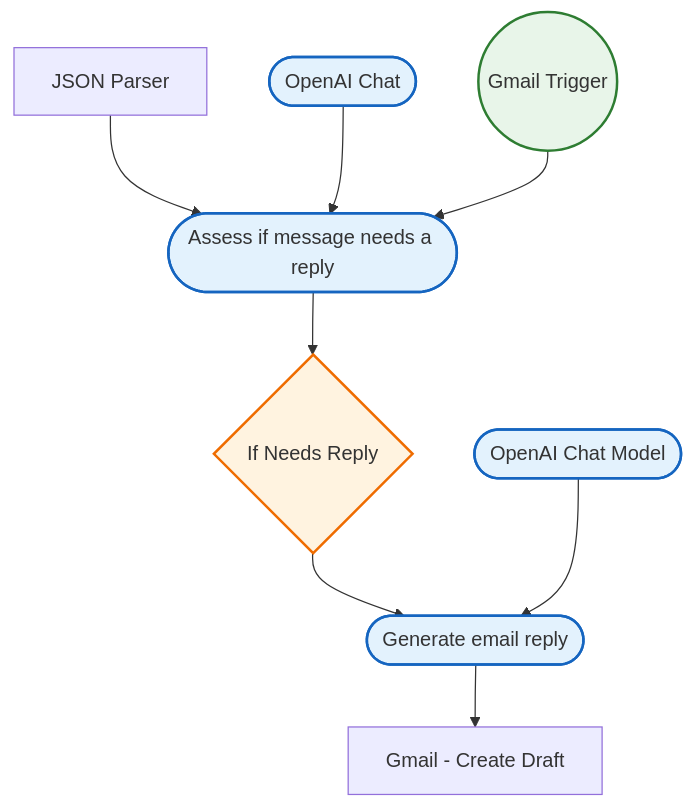
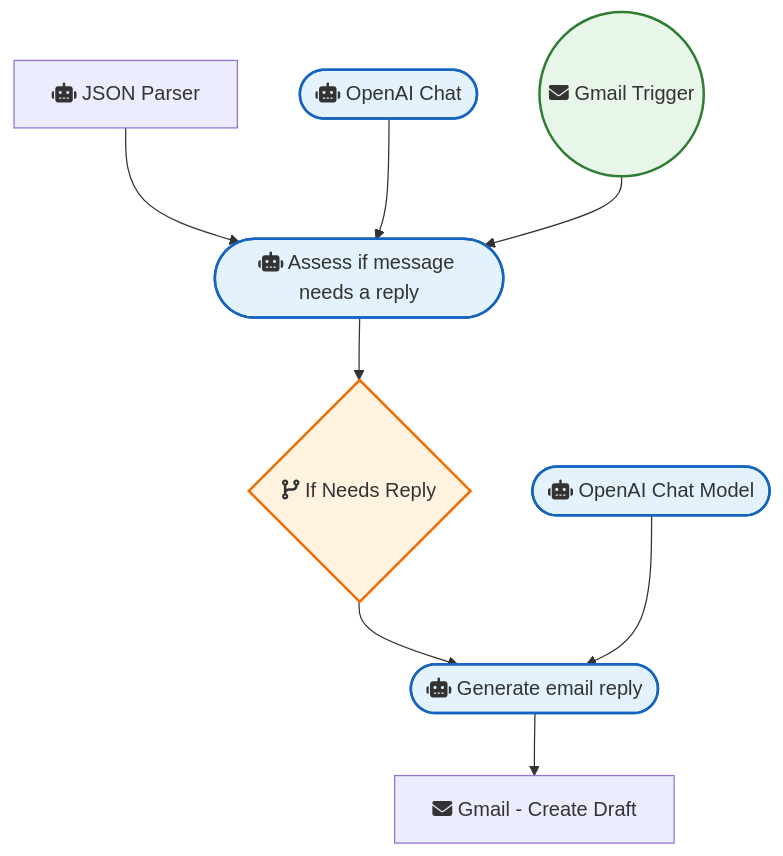
Before and after one commit to sreyash3105/N8N-DEMO-AUTOMATIONS: the diagram in Gmail_and_Email_Automation/Gmail Ai Auto-responder Create Draft Replies to Incoming Emails.md, drawn with Mermaid. The commit also changed 291 other files, not shown here.

````diff
--- a/Gmail_and_Email_Automation/Gmail Ai Auto-responder Create Draft Replies to Incoming Emails.md
+++ b/Gmail_and_Email_Automation/Gmail Ai Auto-responder Create Draft Replies to Incoming Emails.md
@@ -1,23 +1,23 @@
 ```mermaid
 graph TD
     classDef trigger fill:#e8f5e9,stroke:#2e7d32,stroke-width:2px;
     classDef ai fill:#e3f2fd,stroke:#1565c0,stroke-width:2px;
     classDef logic fill:#fff3e0,stroke:#ef6c00,stroke-width:2px;
 
-    Gmail_Trigger(("Gmail Trigger")):::trigger
-    If_Needs_Reply{"If Needs Reply"}:::logic
-    JSON_Parser["JSON Parser"]
-    OpenAI_Chat(["OpenAI Chat"]):::ai
-    OpenAI_Chat_Model(["OpenAI Chat Model"]):::ai
-    Gmail___Create_Draft["Gmail - Create Draft"]
-    Assess_if_message_needs_a_reply(["Assess if message needs a reply"]):::ai
-    Generate_email_reply(["Generate email reply"]):::ai
+    Gmail_Trigger(("fas:fa-envelope Gmail Trigger")):::trigger
+    If_Needs_Reply{"fas:fa-code-branch If Needs Reply"}:::logic
+    JSON_Parser["fas:fa-robot JSON Parser"]
+    OpenAI_Chat(["fas:fa-robot OpenAI Chat"]):::ai
+    OpenAI_Chat_Model(["fas:fa-robot OpenAI Chat Model"]):::ai
+    Gmail___Create_Draft["fas:fa-envelope Gmail - Create Draft"]
+    Assess_if_message_needs_a_reply(["fas:fa-robot Assess if message needs a reply"]):::ai
+    Generate_email_reply(["fas:fa-robot Generate email reply"]):::ai
 
     JSON_Parser --> Assess_if_message_needs_a_reply
     OpenAI_Chat --> Assess_if_message_needs_a_reply
     Gmail_Trigger --> Assess_if_message_needs_a_reply
     If_Needs_Reply --> Generate_email_reply
     OpenAI_Chat_Model --> Generate_email_reply
     Generate_email_reply --> Gmail___Create_Draft
     Assess_if_message_needs_a_reply --> If_Needs_Reply
 ```
````
